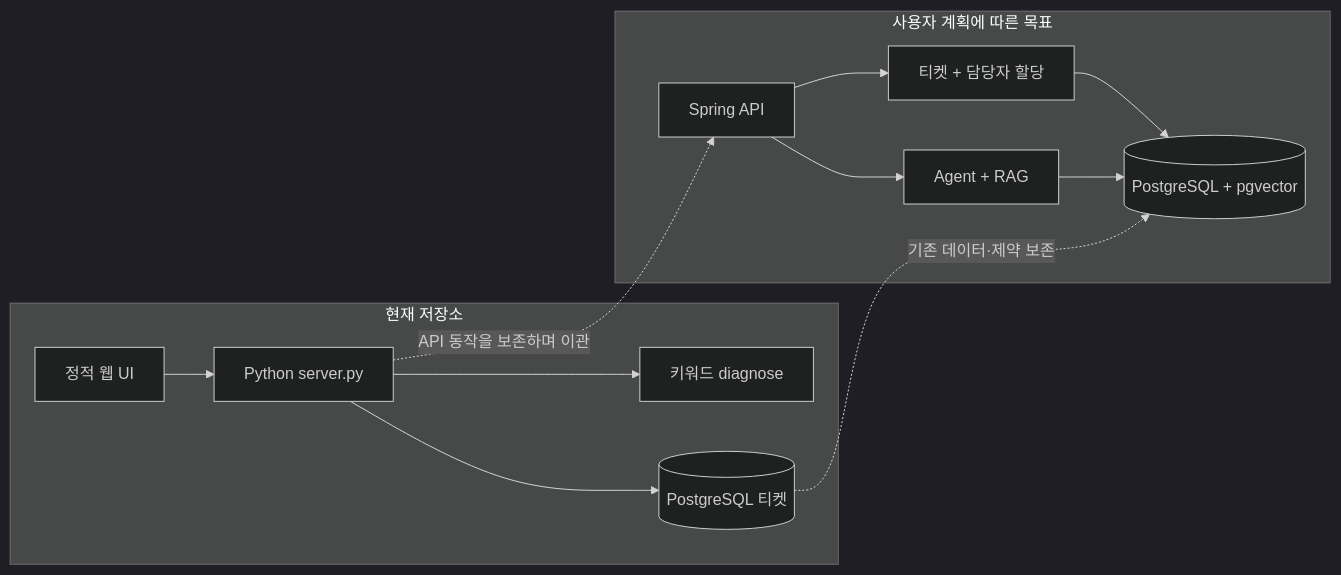
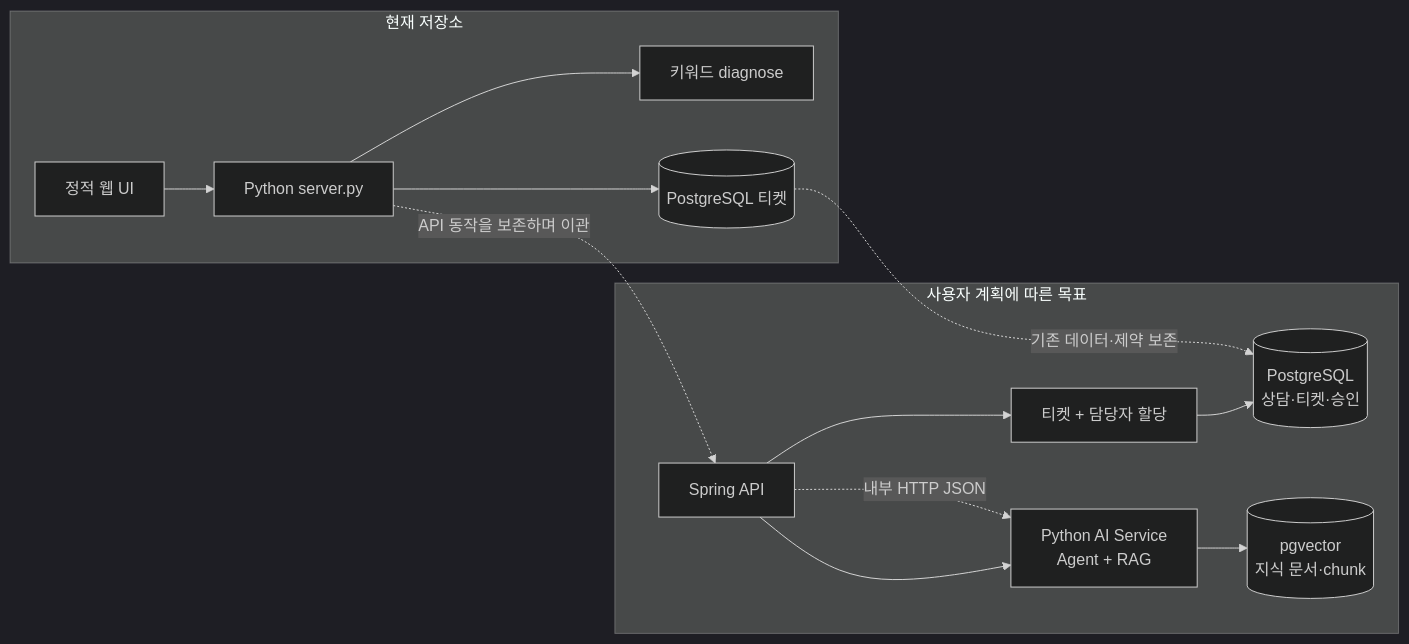
One commit to Jhanoo/hanwha_final changed the third of 4 diagrams in 설계/플로우차트_및_아키텍처.md. Above: the diagram before and after it, drawn with Mermaid (dark theme). The commit also changed other lines of this file and 8 other files, not shown here.

````diff
--- a/설계/플로우차트_및_아키텍처.md
+++ b/설계/플로우차트_및_아키텍처.md
@@ -92,16 +102,17 @@
 ```mermaid
 flowchart LR
     subgraph NOW["현재 저장소"]
         NUI["정적 웹 UI"] --> NAPI["Python server.py"]
         NAPI --> RULE["키워드 diagnose"]
         NAPI --> NDB[("PostgreSQL 티켓")]
     end
     subgraph NEXT["사용자 계획에 따른 목표"]
-        SAPI["Spring API"] --> SA["Agent + RAG"]
+        SAPI["Spring API"] --> PYAI["Python AI Service<br/>Agent + RAG"]
         SAPI --> ST["티켓 + 담당자 할당"]
-        ST --> SDB[("PostgreSQL + pgvector")]
-        SA --> SDB
+        ST --> SDB[("PostgreSQL<br/>상담·티켓·승인")]
+        PYAI --> VDB[("pgvector<br/>지식 문서·chunk")]
     end
     NAPI -. "API 동작을 보존하며 이관" .-> SAPI
+    SAPI -. "내부 HTTP JSON" .-> PYAI
     NDB -. "기존 데이터·제약 보존" .-> SDB
 ```
````
